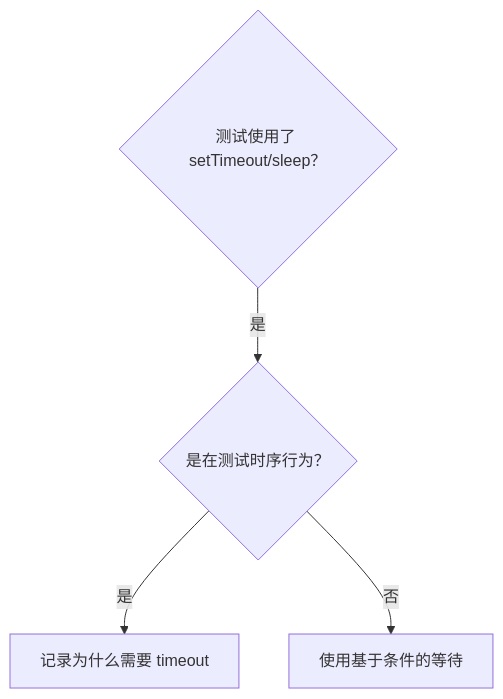
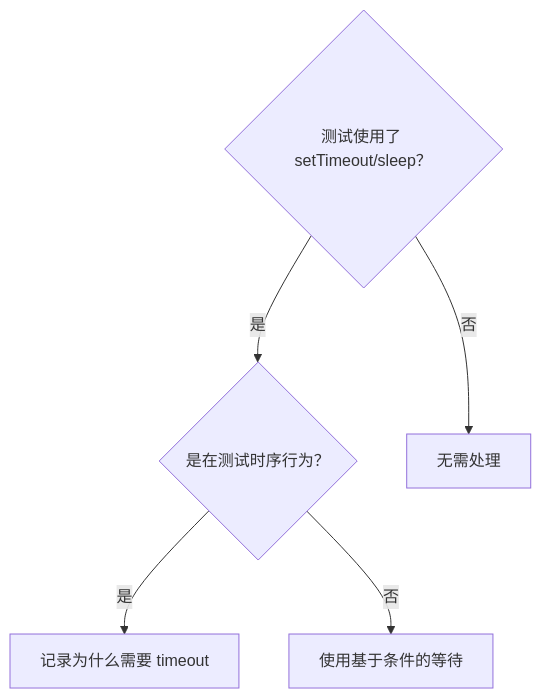
One commit to Hikaru518/opencode-config changed the diagram in .opencode/skills/systematic-debugging/references/condition-based-waiting.md. Above: the diagram before and after it, drawn with Mermaid. The commit also changed other lines of this file and 13 other files, not shown here.

````diff
--- a/.opencode/skills/systematic-debugging/references/condition-based-waiting.md
+++ b/.opencode/skills/systematic-debugging/references/condition-based-waiting.md
@@ -11,6 +11,7 @@
 ```mermaid
 flowchart TD
     q1{"测试使用了 setTimeout/sleep？"} -- 是 --> q2{"是在测试时序行为？"}
+    q1 -- 否 --> skip["无需处理"]
     q2 -- 是 --> doc["记录为什么需要 timeout"]
     q2 -- 否 --> use["使用基于条件的等待"]
 ```
````
